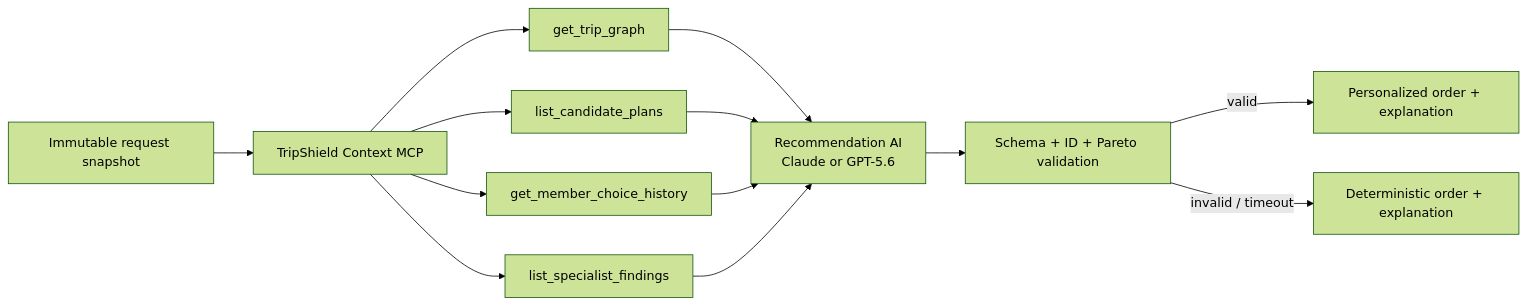
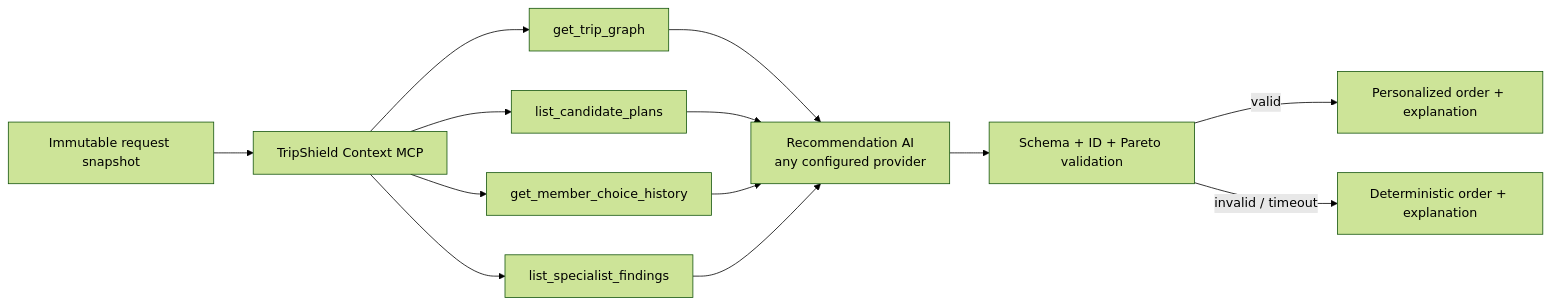
One commit to darrenori/amex-ai changed the ninth of 13 diagrams in ARCHITECTURE.md. Above: the diagram before and after it, drawn with Mermaid (forest theme). The commit also changed other lines of this file, not shown here.

First line of the commit message:
Bring the architecture document in line with the code

````diff
--- a/ARCHITECTURE.md
+++ b/ARCHITECTURE.md
@@ -345,12 +345,12 @@
 ```mermaid
 flowchart LR
     SNAP["Immutable request snapshot"] --> MCP["TripShield Context MCP"]
     MCP --> G["get_trip_graph"]
     MCP --> P["list_candidate_plans"]
     MCP --> H["get_member_choice_history"]
     MCP --> S["list_specialist_findings"]
-    G & P & H & S --> MODEL["Recommendation AI<br/>Claude or GPT-5.6"]
+    G & P & H & S --> MODEL["Recommendation AI<br/>any configured provider"]
     MODEL --> VALID["Schema + ID + Pareto validation"]
     VALID -->|valid| COPY["Personalized order + explanation"]
     VALID -->|invalid / timeout| FALLBACK["Deterministic order + explanation"]
 ```
````
